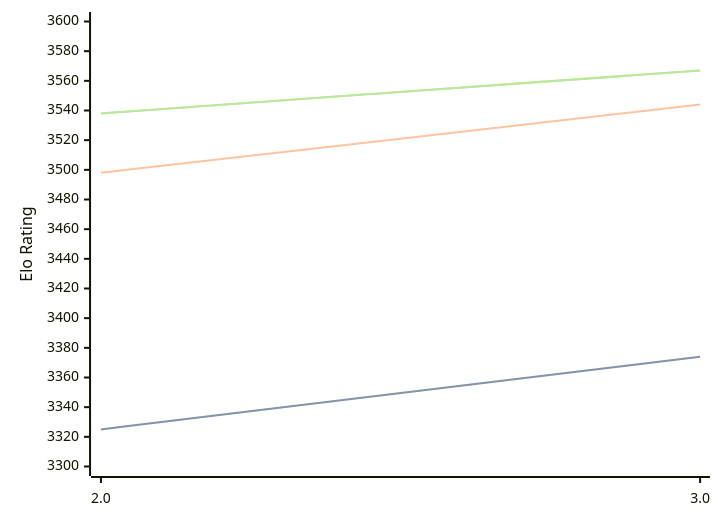
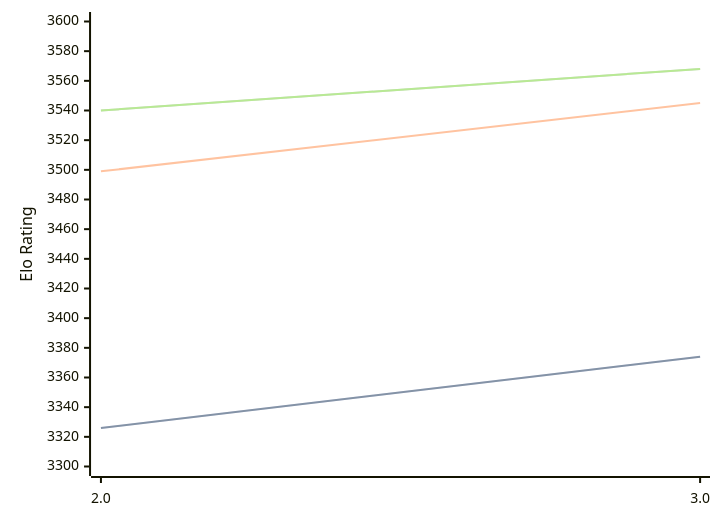
One commit to computer-chess-index/cci changed the diagram in engines/Quanticade.md. Above: the diagram before and after it, drawn with Mermaid. The commit also changed other lines of this file, not shown here.

Commit message:
Update CCI Ratings (ELO VLTC) - 2026-04-13

````diff
--- a/engines/Quanticade.md
+++ b/engines/Quanticade.md
@@ -41,11 +41,11 @@
 ```mermaid
 %%{init: {"theme":"base","themeVariables":{"seriesColors:['#a3a3a3','#222221','#faa371']}}}%%
 xychart-beta
   x-axis ["2.0", "3.0"]
   y-axis "Elo Rating" 3300 --> 3600
-  line "STC (8.0+0.08s)" [3325, 3374]
-  line "STC (8.0+0.08s)" [3325, 3374]
-  line "LTC (60.0+0.60s)" [3498, 3544]
-  line "VLTC (2m24s+1.12s)" [3538, 3567]
-  line "VLTC (2m24s+1.12s)" [3538, 3567]
+  line "STC (8.0+0.08s)" [3326, 3374]
+  line "STC (8.0+0.08s)" [3326, 3374]
+  line "LTC (60.0+0.60s)" [3499, 3545]
+  line "VLTC (2m24s+1.12s)" [3540, 3568]
+  line "VLTC (2m24s+1.12s)" [3540, 3568]
 ```
````
